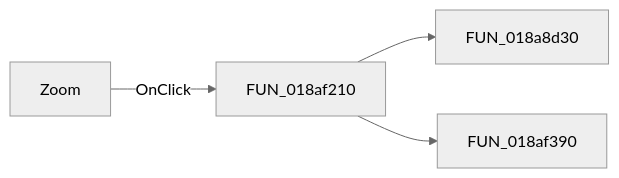
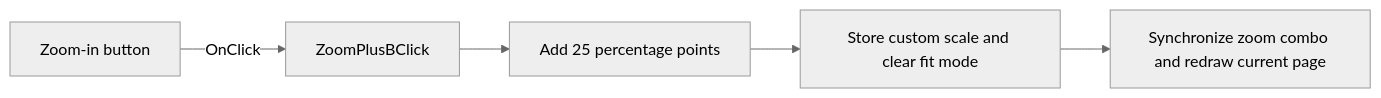
The diagram in docs/ui-controls/frxpreviewform/zoomplusb-f28dc6bc0c.md (MovGP0/TIARA), drawn with Mermaid (neutral theme) before and after one commit. The commit also changed other lines of this file and 387 other files, not shown here.

````diff
--- a/docs/ui-controls/frxpreviewform/zoomplusb-f28dc6bc0c.md
+++ b/docs/ui-controls/frxpreviewform/zoomplusb-f28dc6bc0c.md
@@ -27,6 +27,7 @@
 ```mermaid
 flowchart LR
-    control["Zoom"] -->|OnClick| handler["FUN_018af210"]
-    handler --> call1["FUN_018a8d30"]
-    handler --> call2["FUN_018af390"]
+    control["Zoom-in button"] -->|OnClick| handler["ZoomPlusBClick"]
+    handler --> increase["Add 25 percentage points"]
+    increase --> apply["Store custom scale and clear fit mode"]
+    apply --> redraw["Synchronize zoom combo and redraw current page"]
 ```
````
